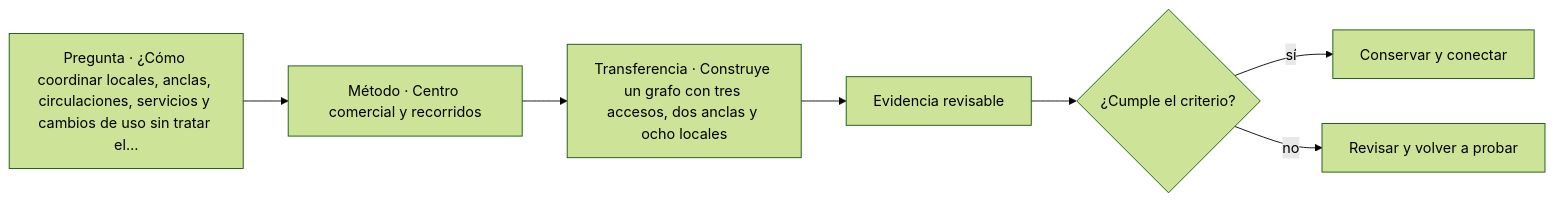
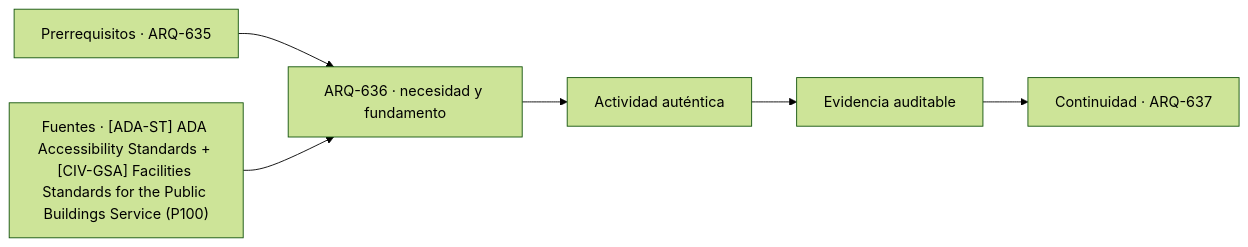
One commit to vladimiracunadev-create/architecture-built-environment-learning-program changed the diagram in classes/parte-64/ARQ-636.md. Above: the diagram before and after it, drawn with Mermaid (forest theme). The commit also changed other lines of this file and 761 other files, not shown here.

````diff
--- a/classes/parte-64/ARQ-636.md
+++ b/classes/parte-64/ARQ-636.md
@@ -58,9 +70,8 @@
 ```mermaid
 flowchart LR
-    Q["Pregunta · ¿Cómo coordinar locales, anclas, circulaciones, servicios y cambios de uso sin tratar el…"] --> M["Método · Centro comercial y recorridos"]
-    M --> P["Transferencia · Construye un grafo con tres accesos, dos anclas y ocho locales"]
-    P --> E["Evidencia revisable"]
-    E --> C{"¿Cumple el criterio?"}
-    C -->|sí| T["Conservar y conectar"]
-    C -->|no| R["Revisar y volver a probar"]
+    A["Prerrequisitos · ARQ-635"] --> B["ARQ-636 · necesidad y fundamento"]
+    S["Fuentes · [ADA-ST] ADA Accessibility Standards + [CIV-GSA] Facilities Standards for the Public Buildings Service (P100)"] --> B
+    B --> C["Actividad auténtica"]
+    C --> D["Evidencia auditable"]
+    D --> E["Continuidad · ARQ-637"]
 ```
````
